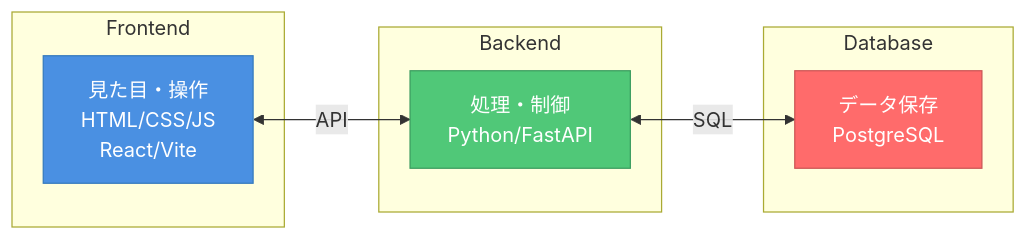
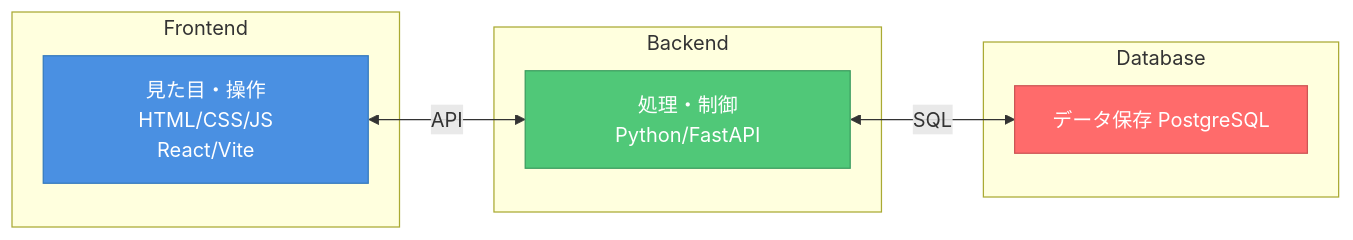
The second of 29 diagrams in lecture-materials.md (KITA-DS12/web-app-simple), drawn with Mermaid before and after one commit. The commit also changed other lines of this file, not shown here.

First line of the commit message:
fix: Mermaid図の改行表示を修正

````diff
--- a/lecture-materials.md
+++ b/lecture-materials.md
@@ -129,25 +129,25 @@
 ```mermaid
 graph LR
     subgraph "Frontend"
-        A["見た目・操作\nHTML/CSS/JS\nReact/Vite"]
+        A["見た目・操作#10;HTML/CSS/JS#10;React/Vite"]
     end
     
     subgraph "Backend"
-        B["処理・制御\nPython/FastAPI"]
+        B["処理・制御#10;Python/FastAPI"]
     end
     
     subgraph "Database"
-        C["データ保存\nPostgreSQL"]
+        C["データ保存#10;PostgreSQL"]
     end
     
     A <-->|API| B
     B <-->|SQL| C
     
     classDef frontend fill:#4A90E2,stroke:#357ABD,color:#FFFFFF
     classDef backend fill:#50C878,stroke:#3B9C5F,color:#FFFFFF
     classDef database fill:#FF6B6B,stroke:#CC5555,color:#FFFFFF
     
     class A frontend
     class B backend
     class C database
 ```
````
